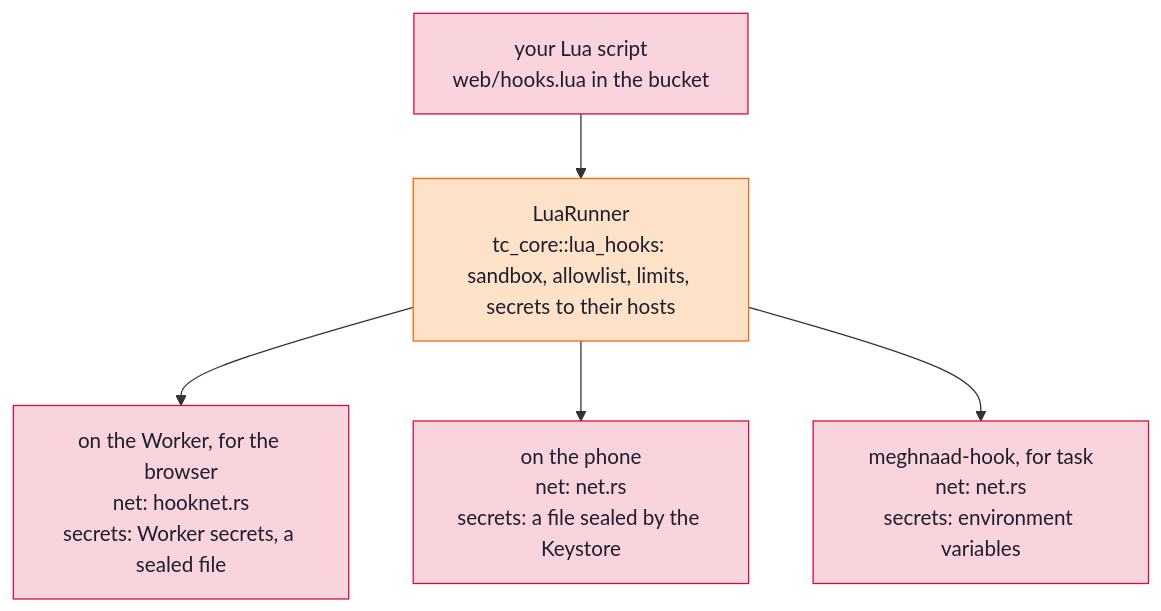
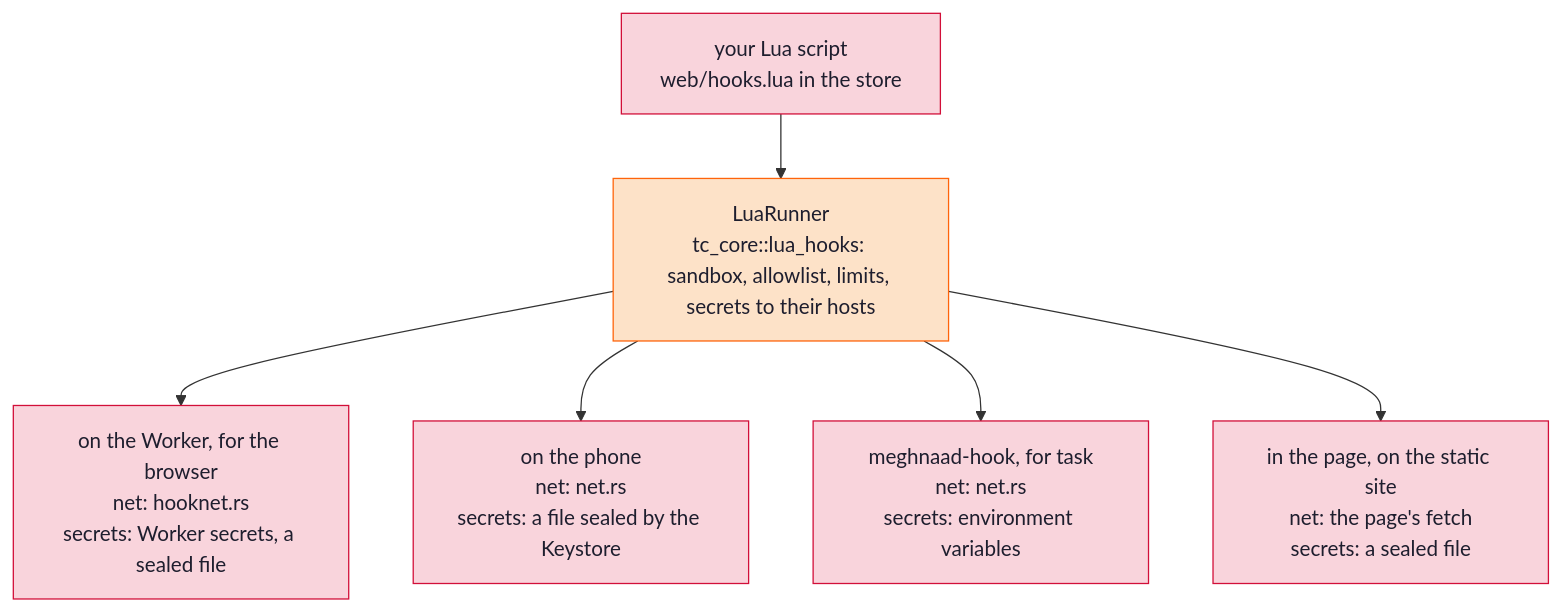
The sixth of 6 diagrams in docs/architecture.md (uroybd/Meghnaad), drawn with Mermaid before and after one commit. The commit also changed other lines of this file, not shown here.

Commit message:
doc: the architecture's idea is store-neutral, and hooks also run in the static page

````diff
--- a/docs/architecture.md
+++ b/docs/architecture.md
@@ -486,17 +490,19 @@
 ```mermaid
 flowchart TB
-  script["your Lua script<br/>web/hooks.lua in the bucket"]
+  script["your Lua script<br/>web/hooks.lua in the store"]
   runner["LuaRunner<br/>tc_core::lua_hooks: sandbox, allowlist, limits, secrets to their hosts"]
   wk["on the Worker, for the browser<br/>net: hooknet.rs<br/>secrets: Worker secrets, a sealed file"]
   ph["on the phone<br/>net: net.rs<br/>secrets: a file sealed by the Keystore"]
   dt["meghnaad-hook, for task<br/>net: net.rs<br/>secrets: environment variables"]
+  pg["in the page, on the static site<br/>net: the page's fetch<br/>secrets: a sealed file"]
   script --> runner
   runner --> wk
   runner --> ph
   runner --> dt
+  runner --> pg
 
   classDef hooks fill:#f9d4dc,stroke:#d20f39,color:#1e1e2e
   classDef engine fill:#fde2c8,stroke:#fe640b,color:#1e1e2e
-  class script,wk,ph,dt hooks
+  class script,wk,ph,dt,pg hooks
   class runner engine
 ```
````
